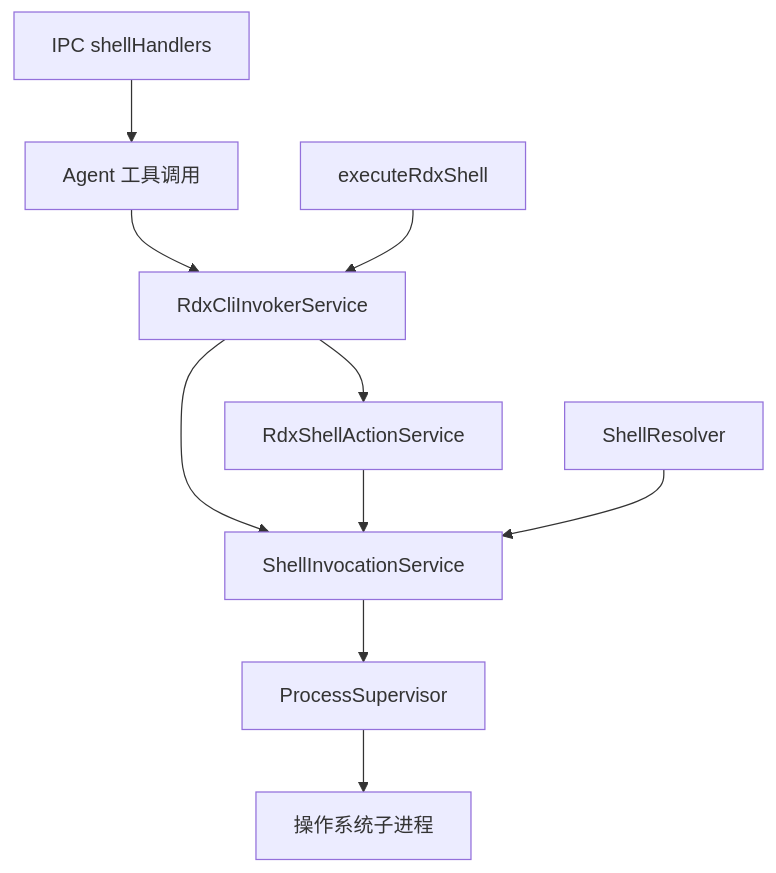
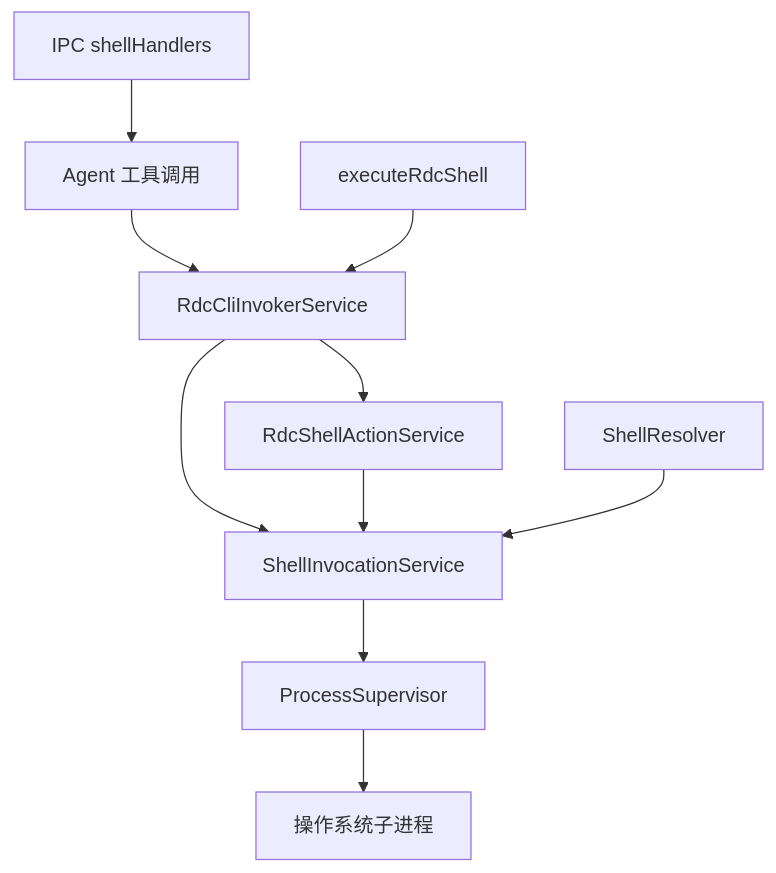
The first of 5 diagrams in .qoder/repowiki/zh/content/API 参考/工具 API/Shell 工具接口.md (haolange/RDC-Agent), drawn with Mermaid before and after one commit. The commit also changed other lines of this file and 557 other files, not shown here.

First line of the commit message:
Unify RDC-Agent identity and canonical RDC-Tool integration

````diff
--- a/.qoder/repowiki/zh/content/API 参考/工具 API/Shell 工具接口.md
+++ b/.qoder/repowiki/zh/content/API 参考/工具 API/Shell 工具接口.md
@@ -37,12 +37,12 @@
 ```mermaid
 graph TB
-A["Agent 工具调用"] --> B["RdxCliInvokerService"]
+A["Agent 工具调用"] --> B["RdcCliInvokerService"]
 B --> C["ShellInvocationService"]
 C --> D["ProcessSupervisor"]
 D --> E["操作系统子进程"]
-B --> F["RdxShellActionService"]
+B --> F["RdcShellActionService"]
 F --> C
-G["executeRdxShell"] --> B
+G["executeRdcShell"] --> B
 H["ShellResolver"] --> C
 I["IPC shellHandlers"] --> A
 ```
````
